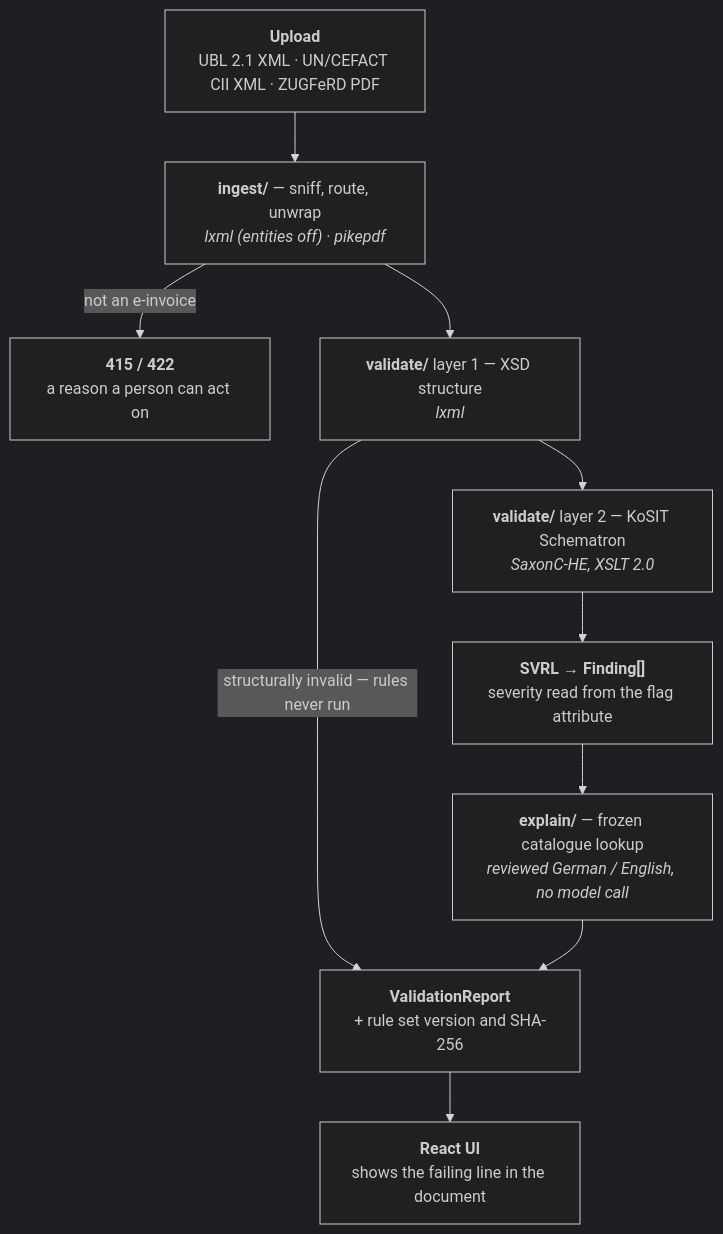
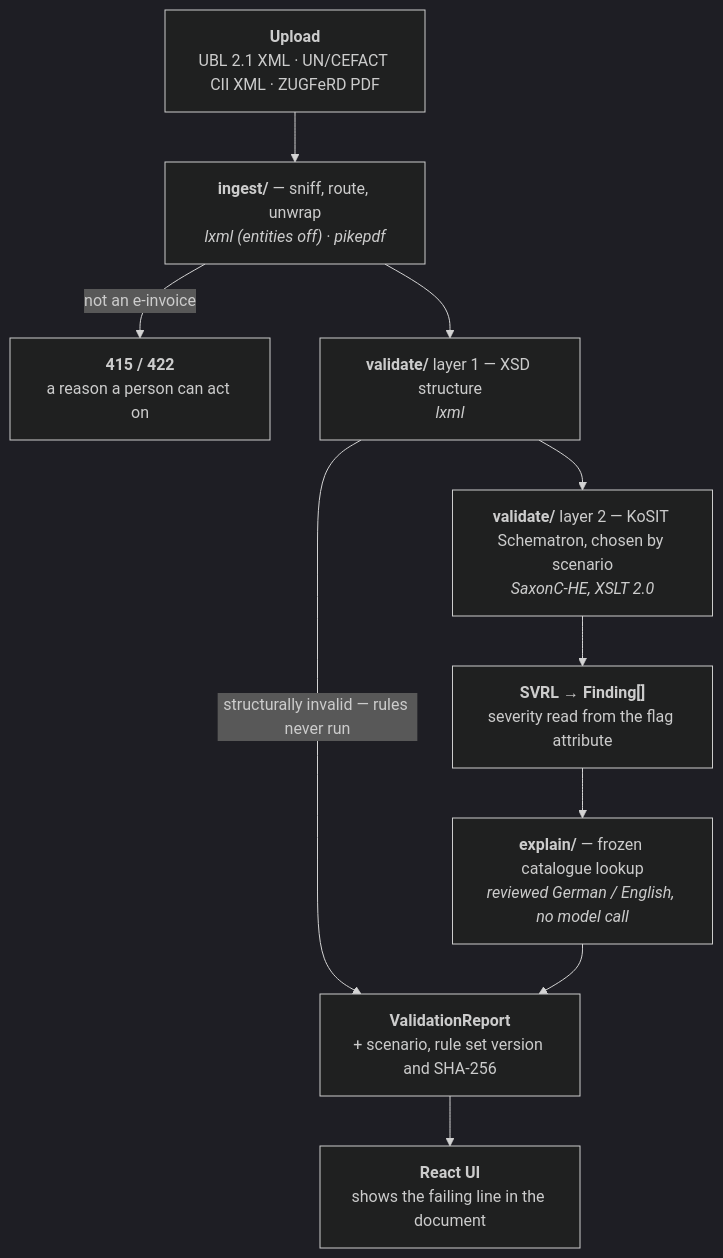
The diagram in README.md (harshal0001/xrechnung-validator), drawn with Mermaid (dark theme) before and after one commit. The commit also changed other lines of this file and 9 other files, not shown here.

First line of the commit message:
Validate a document with the stylesheets its scenario names (#41)

````diff
--- a/README.md
+++ b/README.md
@@ -23,18 +23,18 @@
 ```mermaid
 flowchart TD
     A["<b>Upload</b><br/>UBL 2.1 XML · UN/CEFACT CII XML · ZUGFeRD PDF"]
     B["<b>ingest/</b> — sniff, route, unwrap<br/><i>lxml (entities off) · pikepdf</i>"]
     X["<b>415 / 422</b><br/>a reason a person can act on"]
     C["<b>validate/</b> layer 1 — XSD structure<br/><i>lxml</i>"]
-    D["<b>validate/</b> layer 2 — KoSIT Schematron<br/><i>SaxonC-HE, XSLT 2.0</i>"]
+    D["<b>validate/</b> layer 2 — KoSIT Schematron, chosen by scenario<br/><i>SaxonC-HE, XSLT 2.0</i>"]
     E["<b>SVRL → Finding[]</b><br/>severity read from the flag attribute"]
     F["<b>explain/</b> — frozen catalogue lookup<br/><i>reviewed German / English, no model call</i>"]
-    R["<b>ValidationReport</b><br/>+ rule set version and SHA-256"]
+    R["<b>ValidationReport</b><br/>+ scenario, rule set version and SHA-256"]
     G["<b>React UI</b><br/>shows the failing line in the document"]
 
     A --> B
     B -->|not an e-invoice| X
     B --> C
     C -->|structurally invalid — rules never run| R
     C --> D --> E --> F --> R --> G
 ```
````
